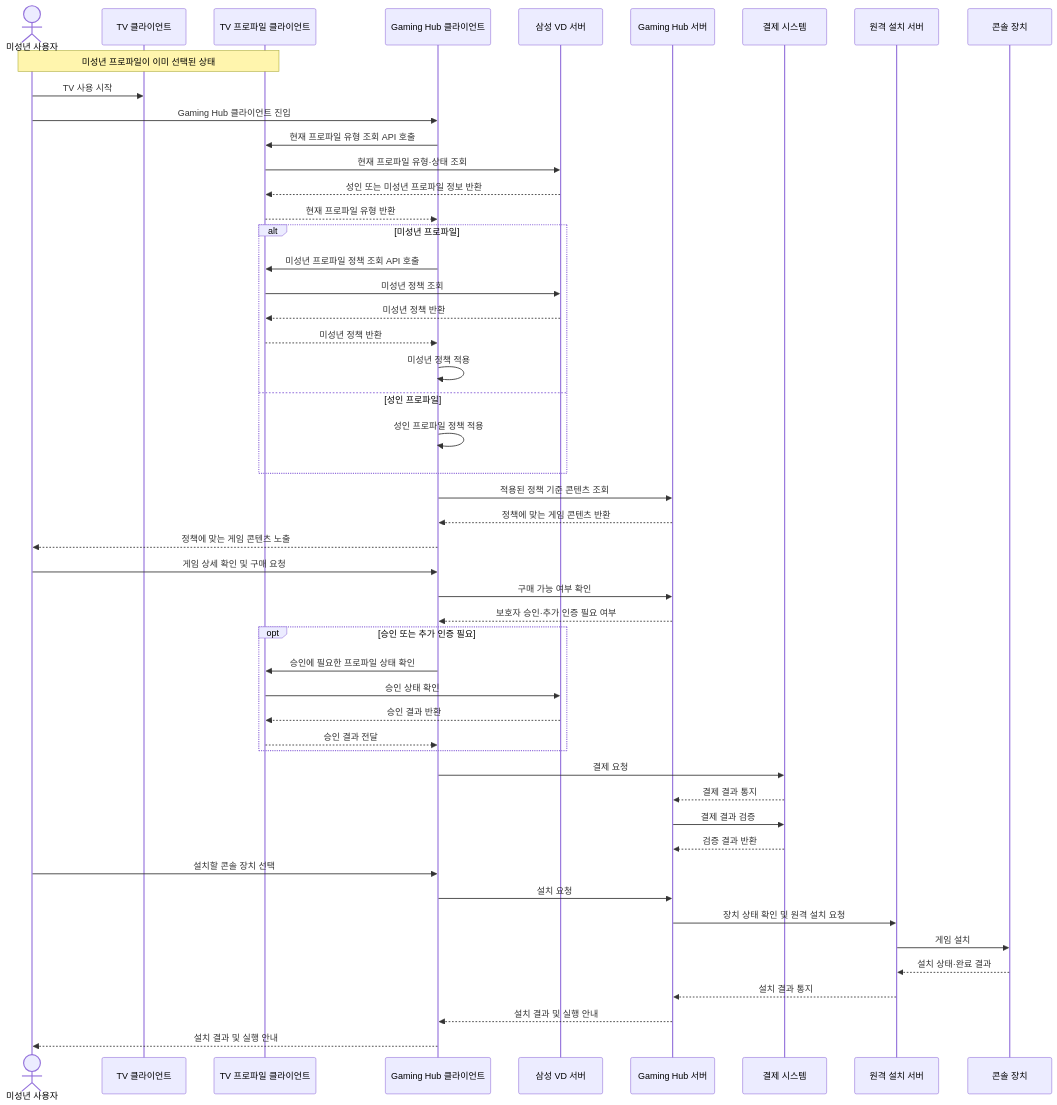
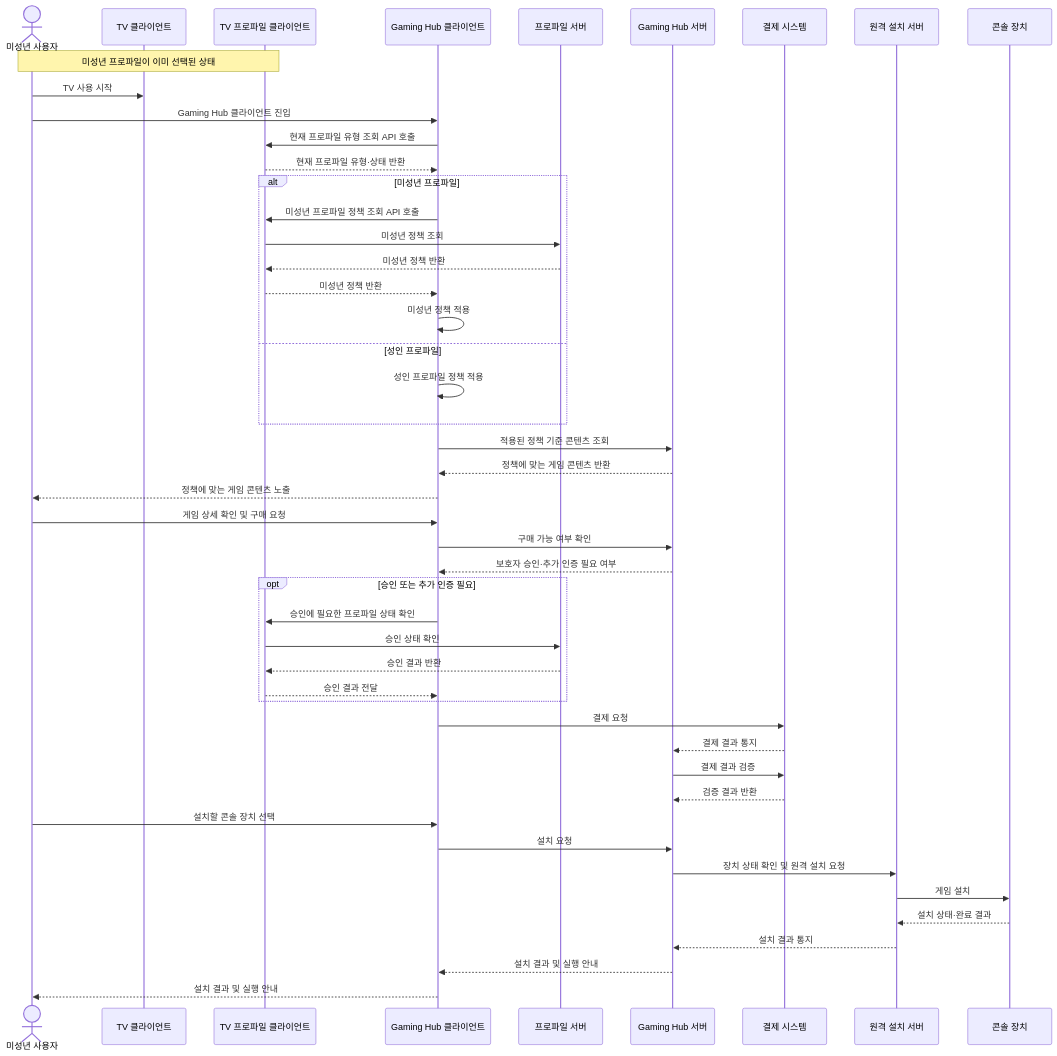
Before and after one commit to seock04/gaming-hub-console-content: the first of 5 diagrams in docs/decision-point-2-architecture.md, drawn with Mermaid.

Commit message:
Simplify active profile lookup flow

````diff
--- a/docs/decision-point-2-architecture.md
+++ b/docs/decision-point-2-architecture.md
@@ -69,53 +69,51 @@
 ```mermaid
 sequenceDiagram
     actor User as 미성년 사용자
     participant TV as TV 클라이언트
     participant Profile as TV 프로파일 클라이언트
     participant HubClient as Gaming Hub 클라이언트
-    participant VD as 삼성 VD 서버
+    participant ProfileServer as 프로파일 서버
     participant Hub as Gaming Hub 서버
     participant Pay as 결제 시스템
     participant Install as 원격 설치 서버
     participant Console as 콘솔 장치
 
     Note over User,Profile: 미성년 프로파일이 이미 선택된 상태
     User->>TV: TV 사용 시작
     User->>HubClient: Gaming Hub 클라이언트 진입
     HubClient->>Profile: 현재 프로파일 유형 조회 API 호출
-    Profile->>VD: 현재 프로파일 유형·상태 조회
-    VD-->>Profile: 성인 또는 미성년 프로파일 정보 반환
-    Profile-->>HubClient: 현재 프로파일 유형 반환
+    Profile-->>HubClient: 현재 프로파일 유형·상태 반환
     alt 미성년 프로파일
         HubClient->>Profile: 미성년 프로파일 정책 조회 API 호출
-        Profile->>VD: 미성년 정책 조회
-        VD-->>Profile: 미성년 정책 반환
+        Profile->>ProfileServer: 미성년 정책 조회
+        ProfileServer-->>Profile: 미성년 정책 반환
         Profile-->>HubClient: 미성년 정책 반환
         HubClient->>HubClient: 미성년 정책 적용
     else 성인 프로파일
         HubClient->>HubClient: 성인 프로파일 정책 적용
     end
     HubClient->>Hub: 적용된 정책 기준 콘텐츠 조회
     Hub-->>HubClient: 정책에 맞는 게임 콘텐츠 반환
     HubClient-->>User: 정책에 맞는 게임 콘텐츠 노출
     User->>HubClient: 게임 상세 확인 및 구매 요청
     HubClient->>Hub: 구매 가능 여부 확인
     Hub-->>HubClient: 보호자 승인·추가 인증 필요 여부
     opt 승인 또는 추가 인증 필요
         HubClient->>Profile: 승인에 필요한 프로파일 상태 확인
-        Profile->>VD: 승인 상태 확인
-        VD-->>Profile: 승인 결과 반환
+        Profile->>ProfileServer: 승인 상태 확인
+        ProfileServer-->>Profile: 승인 결과 반환
         Profile-->>HubClient: 승인 결과 전달
     end
     HubClient->>Pay: 결제 요청
     Pay-->>Hub: 결제 결과 통지
     Hub->>Pay: 결제 결과 검증
     Pay-->>Hub: 검증 결과 반환
     User->>HubClient: 설치할 콘솔 장치 선택
     HubClient->>Hub: 설치 요청
     Hub->>Install: 장치 상태 확인 및 원격 설치 요청
     Install->>Console: 게임 설치
     Console-->>Install: 설치 상태·완료 결과
     Install-->>Hub: 설치 결과 통지
     Hub-->>HubClient: 설치 결과 및 실행 안내
     HubClient-->>User: 설치 결과 및 실행 안내
 ```
````
